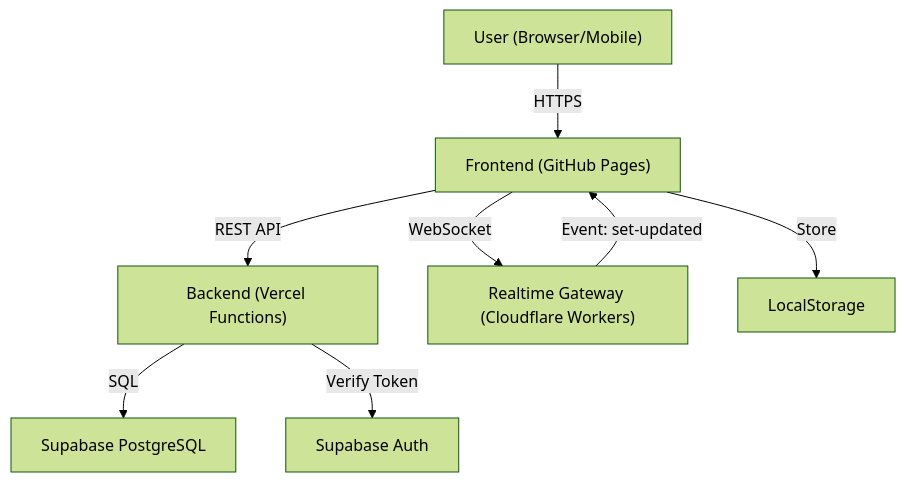
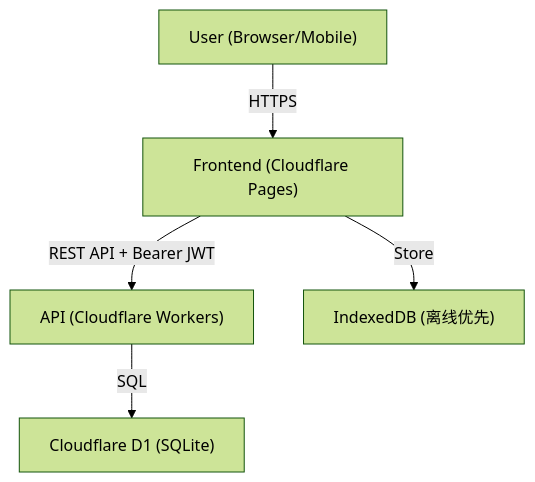
Before and after one commit to combodevy/question-site: the diagram in README.md, drawn with Mermaid (forest theme). The commit also changed other lines of this file and 12 other files, not shown here.

````diff
--- a/README.md
+++ b/README.md
@@ -14,10 +13,7 @@
 ```mermaid
 graph TD
-    User["User (Browser/Mobile)"] -->|HTTPS| Frontend["Frontend (GitHub Pages)"]
-    Frontend -->|"REST API"| Backend["Backend (Vercel Functions)"]
-    Frontend -->|WebSocket| Realtime["Realtime Gateway (Cloudflare Workers)"]
-    Realtime -->|"Event: set-updated"| Frontend
-    Backend -->|SQL| DB["Supabase PostgreSQL"]
-    Backend -->|"Verify Token"| Auth["Supabase Auth"]
-    Frontend -->|Store| Local["LocalStorage"]
+    User["User (Browser/Mobile)"] -->|HTTPS| Frontend["Frontend (Cloudflare Pages)"]
+    Frontend -->|"REST API + Bearer JWT"| Backend["API (Cloudflare Workers)"]
+    Backend -->|SQL| DB["Cloudflare D1 (SQLite)"]
+    Frontend -->|Store| Local["IndexedDB (离线优先)"]
 ```
````
